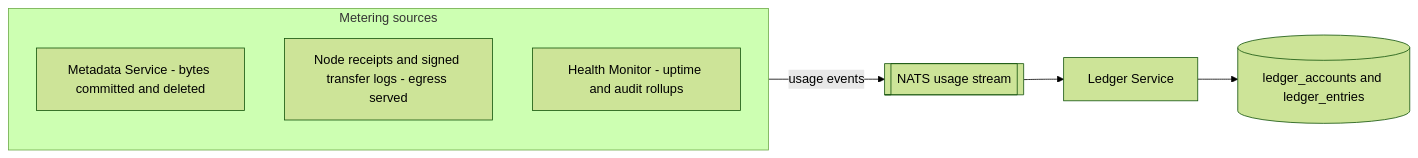
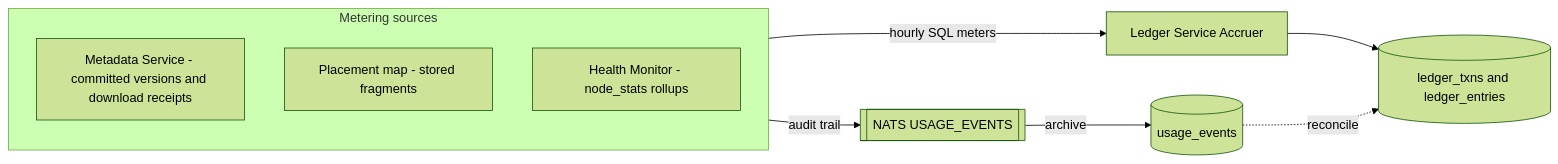
The diagram in docs/09-billing-ledger.md (Rramka/distributed-storage-platform), drawn with Mermaid (forest theme) before and after one commit. The commit also changed other lines of this file and 60 other files, not shown here.

````diff
--- a/docs/09-billing-ledger.md
+++ b/docs/09-billing-ledger.md
@@ -11,11 +11,13 @@
 ```mermaid
 flowchart LR
     subgraph sources [Metering sources]
-        ms[Metadata Service - bytes committed and deleted]
-        nodes[Node receipts and signed transfer logs - egress served]
-        hm[Health Monitor - uptime and audit rollups]
+        ms[Metadata Service - committed versions and download receipts]
+        nodes[Placement map - stored fragments]
+        hm[Health Monitor - node_stats rollups]
     end
-    sources -->|usage events| nats[[NATS usage stream]]
-    nats --> ledger[Ledger Service]
-    ledger --> pg[(ledger_accounts and ledger_entries)]
+    sources -->|hourly SQL meters| ledger[Ledger Service Accruer]
+    sources -->|audit trail| nats[[NATS USAGE_EVENTS]]
+    nats -->|archive| pgEvents[(usage_events)]
+    ledger --> pg[(ledger_txns and ledger_entries)]
+    pgEvents -.->|reconcile| pg
 ```
````
